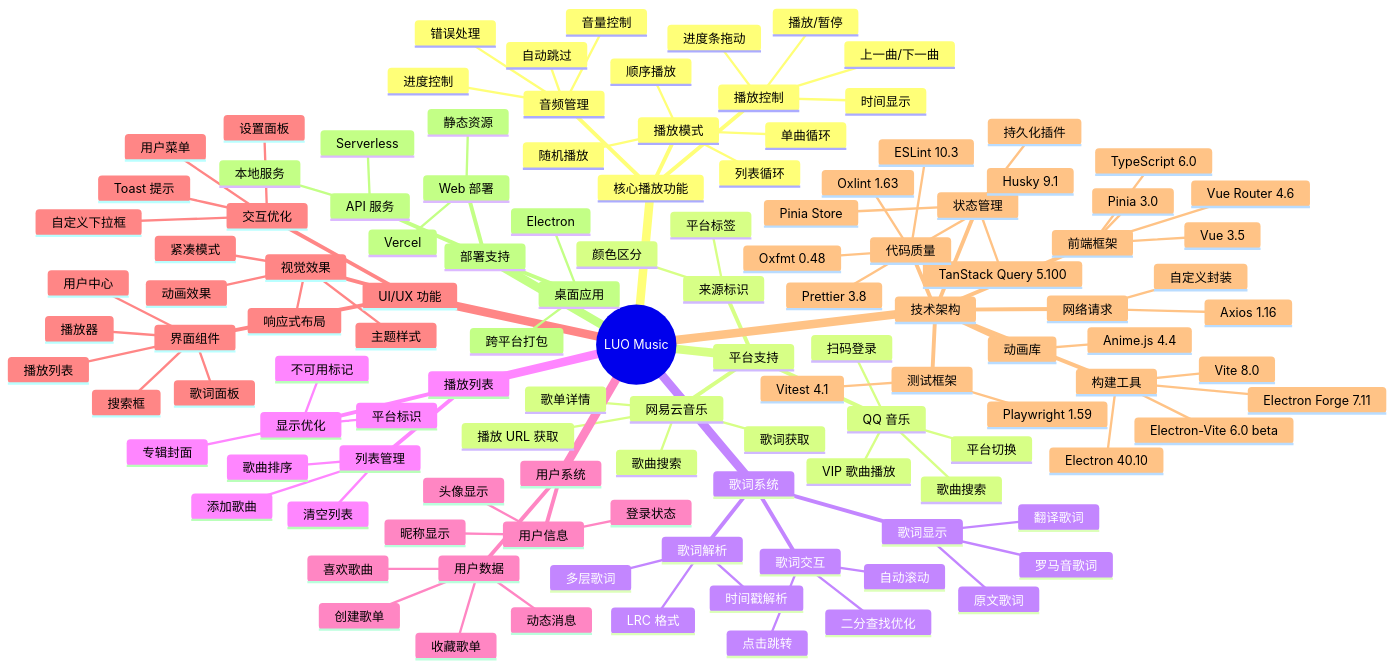
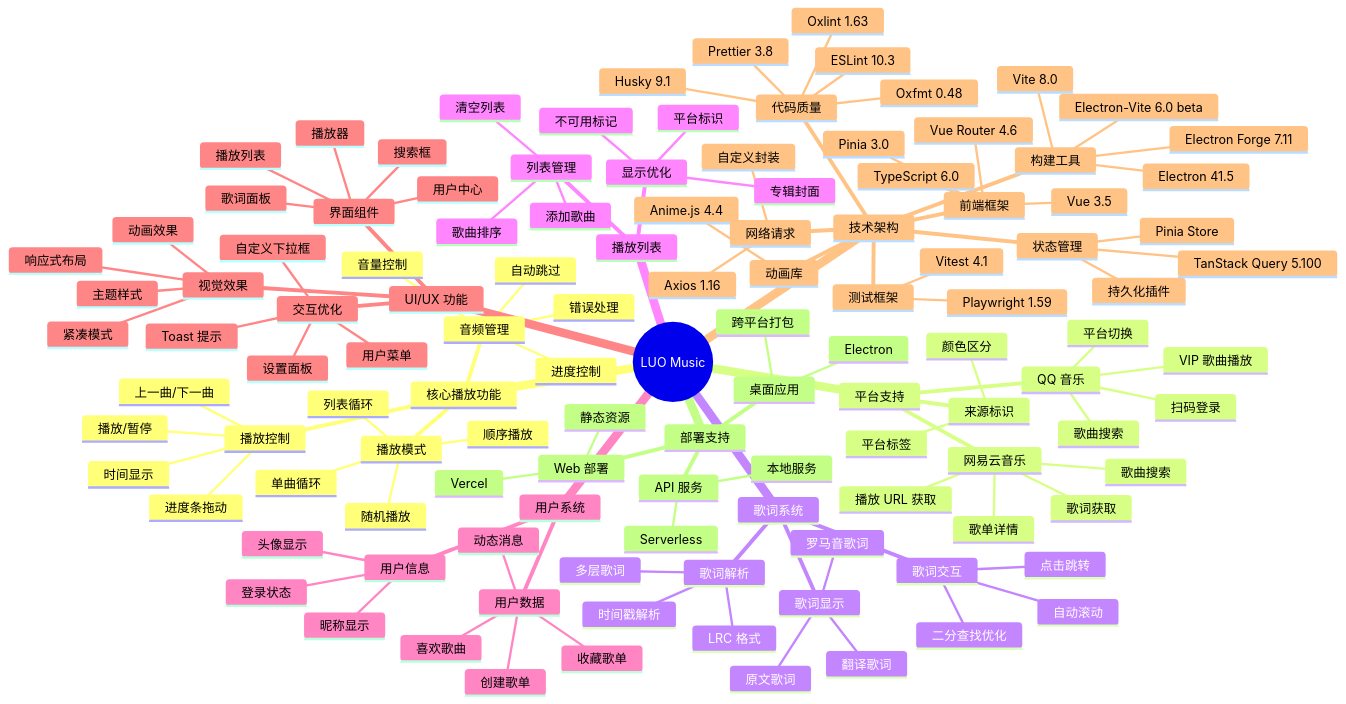
Before and after one commit to sansenjian/Luo-Music: the diagram in README.md, drawn with Mermaid. The commit also changed other lines of this file and 5 other files, not shown here.

```diff
--- a/README.md
+++ b/README.md
@@ -165,7 +165,7 @@
         TypeScript 6.0
       构建工具
         Vite 8.0
-        Electron 40.10
+        Electron 41.5
         Electron-Vite 6.0 beta
         Electron Forge 7.11
       动画库
```
